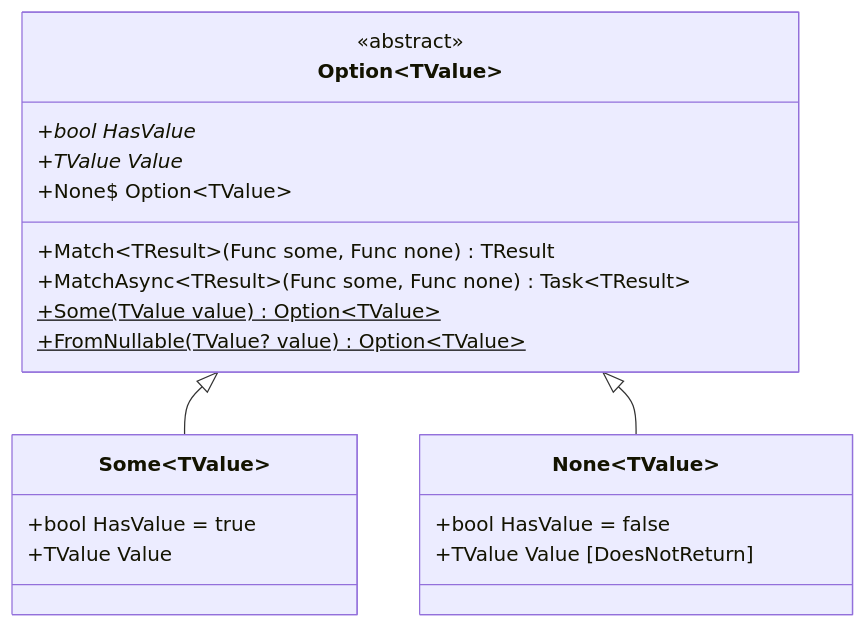
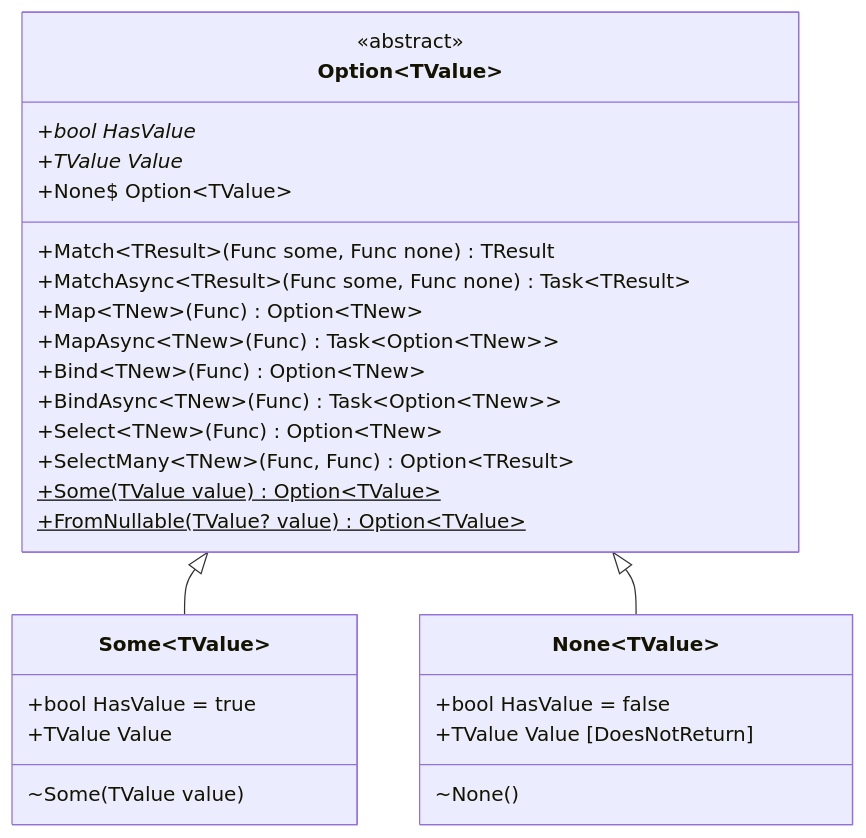
One commit to MauroVerberkt/MaVe changed the second of 2 diagrams in docs/architecture/design/helper-monads.md. Above: the diagram before and after it, drawn with Mermaid. The commit also changed other lines of this file and 18 other files, not shown here.

````diff
--- a/docs/architecture/design/helper-monads.md
+++ b/docs/architecture/design/helper-monads.md
@@ -97,26 +106,34 @@
 ```mermaid
 classDiagram
     class Option~TValue~ {
         <<abstract>>
         +bool HasValue*
         +TValue Value*
         +Match~TResult~(Func some, Func none) TResult
         +MatchAsync~TResult~(Func some, Func none) Task~TResult~
+        +Map~TNew~(Func) Option~TNew~
+        +MapAsync~TNew~(Func) Task~Option~TNew~~
+        +Bind~TNew~(Func) Option~TNew~
+        +BindAsync~TNew~(Func) Task~Option~TNew~~
+        +Select~TNew~(Func) Option~TNew~
+        +SelectMany~TNew~(Func, Func) Option~TResult~
         +Some(TValue value)$ Option~TValue~
         +None$ Option~TValue~
         +FromNullable(TValue? value)$ Option~TValue~
     }
 
     class Some~TValue~ {
         +bool HasValue = true
         +TValue Value
+        ~Some(TValue value)
     }
 
     class None~TValue~ {
         +bool HasValue = false
         +TValue Value [DoesNotReturn]
+        ~None()
     }
 
     Option~TValue~ <|-- Some~TValue~
     Option~TValue~ <|-- None~TValue~
 ```
````
